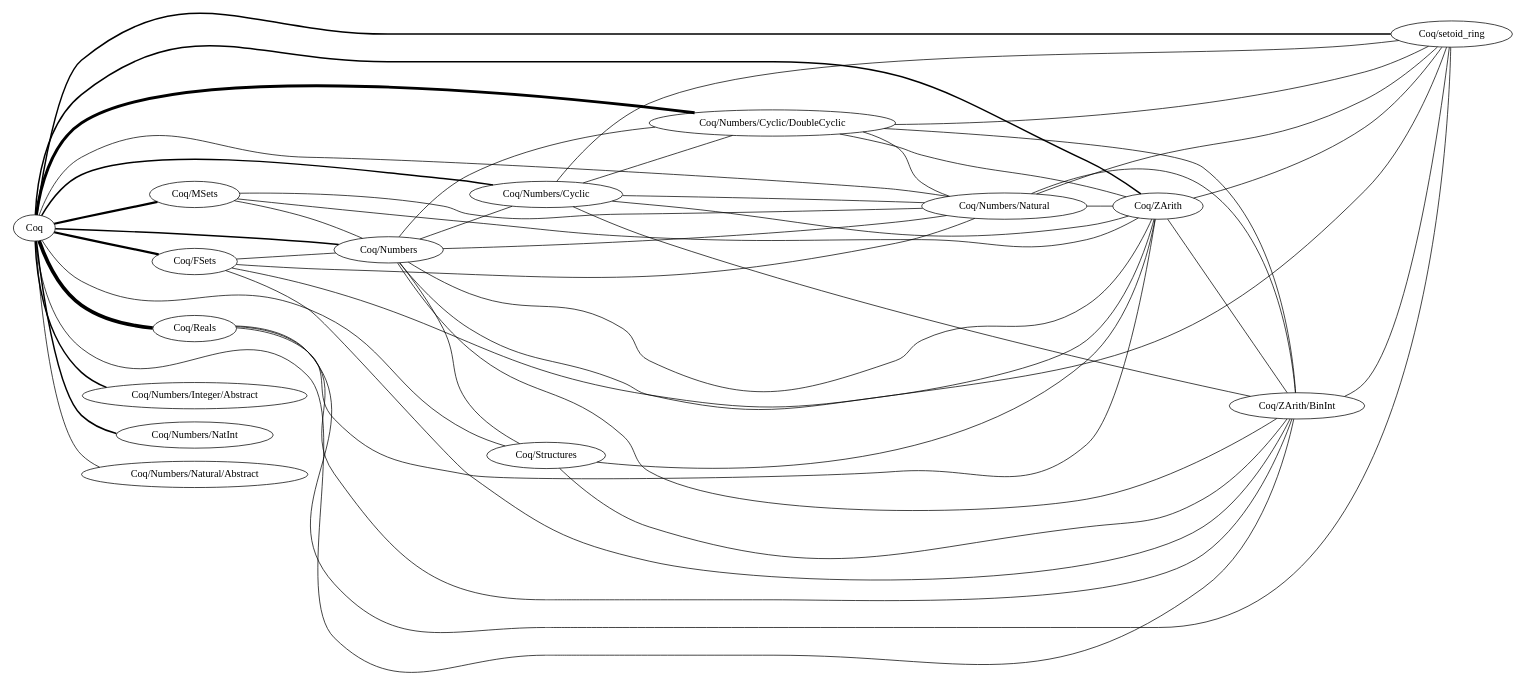
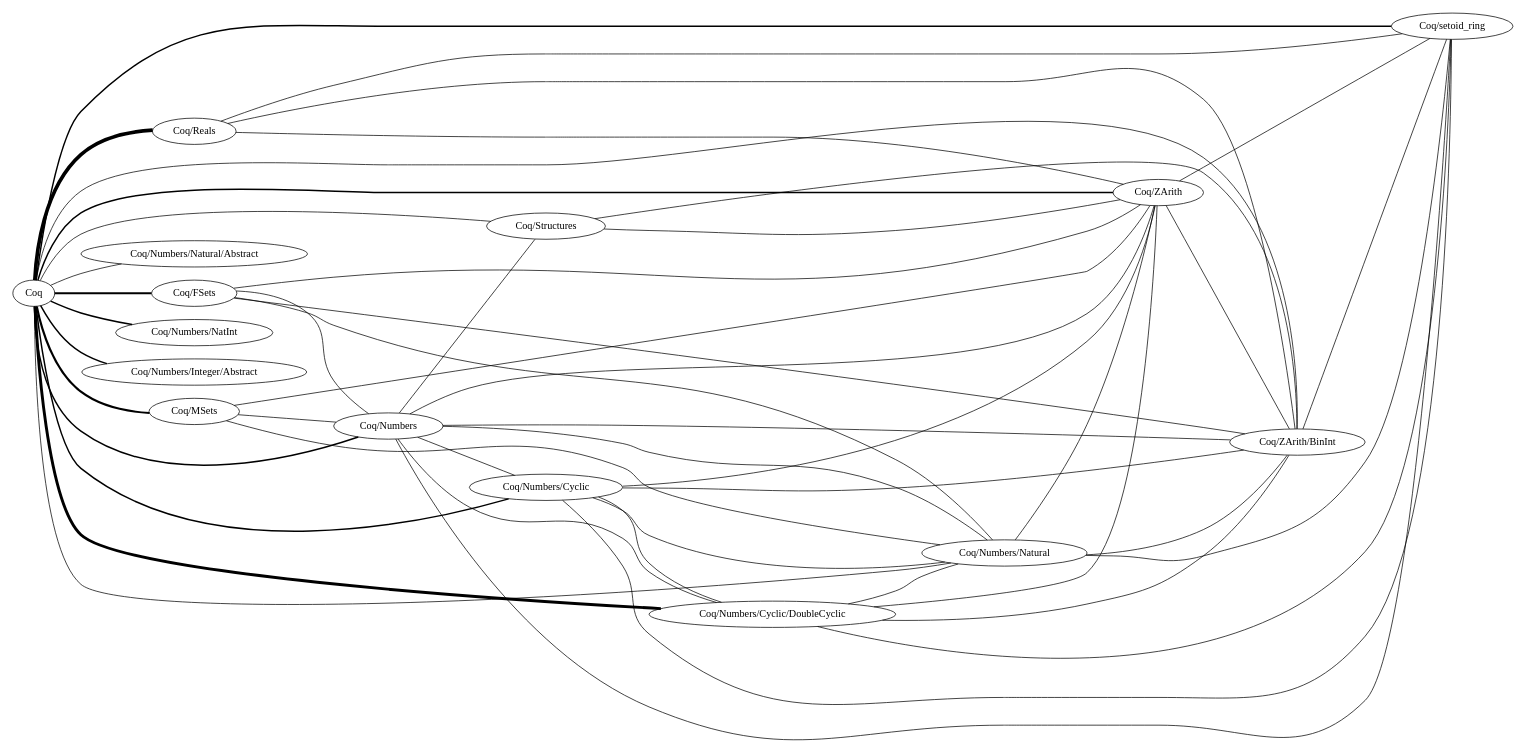
One commit to Wassasin/premiseselection changed the diagram in documents/thesis/data/dependencies.dot. Above: the diagram before and after it, drawn with Graphviz. The commit also changed other lines of this file and 31 other files, not shown here.

```diff
--- a/documents/thesis/data/dependencies.dot
+++ b/documents/thesis/data/dependencies.dot
@@ -1,71 +1,71 @@
 graph dependencies {
 model="subset";
 splines="true";
 size="16.4, 10.7";
 overlap=false;
 rankdir="LR";
 root="Coq";
+"Coq/setoid_ring";
+"Coq/ZArith/BinInt";
+"Coq/ZArith";
+"Coq/Structures";
+"Coq/Reals";
+"Coq/Numbers/Natural/Abstract";
+"Coq/Numbers/Natural";
+"Coq/Numbers/NatInt";
+"Coq/Numbers/Integer/Abstract";
+"Coq/Numbers/Cyclic/DoubleCyclic";
+"Coq/Numbers/Cyclic";
+"Coq/Numbers";
+"Coq/MSets";
+"Coq/FSets";
 "Coq";
-"Coq/FSets";
-"Coq/MSets";
-"Coq/Numbers";
-"Coq/Numbers/Cyclic";
-"Coq/Numbers/Cyclic/DoubleCyclic";
-"Coq/Numbers/Integer/Abstract";
-"Coq/Numbers/NatInt";
-"Coq/Numbers/Natural";
-"Coq/Numbers/Natural/Abstract";
-"Coq/Reals";
-"Coq/Structures";
-"Coq/ZArith";
-"Coq/ZArith/BinInt";
-"Coq/setoid_ring";
 "Coq" -- "Coq/FSets" [weight=28542, len=0.1, penwidth=3];
 "Coq" -- "Coq/MSets" [weight=22474, len=0.1, penwidth=3];
 "Coq" -- "Coq/Numbers" [weight=11665, len=0.1, penwidth=2];
 "Coq" -- "Coq/Numbers/Cyclic" [weight=13987, len=0.1, penwidth=2];
 "Coq" -- "Coq/Numbers/Cyclic/DoubleCyclic" [weight=39733, len=0.1, penwidth=4];
 "Coq" -- "Coq/Numbers/Integer/Abstract" [weight=16771, len=0.1, penwidth=2];
 "Coq" -- "Coq/Numbers/NatInt" [weight=14219, len=0.1, penwidth=2];
 "Coq" -- "Coq/Numbers/Natural" [weight=5773, len=0.1, penwidth=1];
 "Coq" -- "Coq/Numbers/Natural/Abstract" [weight=9224, len=0.1, penwidth=1];
 "Coq" -- "Coq/Reals" [weight=52169, len=0.1, penwidth=5];
 "Coq" -- "Coq/Structures" [weight=3194, len=0.1, penwidth=1];
 "Coq" -- "Coq/ZArith" [weight=17312, len=0.1, penwidth=2];
 "Coq" -- "Coq/ZArith/BinInt" [weight=2117, len=0.1, penwidth=1];
 "Coq" -- "Coq/setoid_ring" [weight=15951, len=0.1, penwidth=2];
 "Coq/FSets" -- "Coq/Numbers" [weight=22, len=1, penwidth=1];
 "Coq/FSets" -- "Coq/Numbers/Natural" [weight=12, len=1.7, penwidth=1];
 "Coq/FSets" -- "Coq/ZArith" [weight=84, len=0.3, penwidth=1];
 "Coq/FSets" -- "Coq/ZArith/BinInt" [weight=119, len=0.2, penwidth=1];
 "Coq/MSets" -- "Coq/Numbers" [weight=11, len=1.9, penwidth=1];
 "Coq/MSets" -- "Coq/Numbers/Natural" [weight=127, len=0.2, penwidth=1];
 "Coq/MSets" -- "Coq/ZArith" [weight=50, len=0.4, penwidth=1];
 "Coq/Numbers" -- "Coq/Numbers/Cyclic" [weight=10, len=2, penwidth=1];
 "Coq/Numbers" -- "Coq/Numbers/Cyclic/DoubleCyclic" [weight=64, len=0.4, penwidth=1];
 "Coq/Numbers" -- "Coq/Numbers/Natural" [weight=12, len=1.7, penwidth=1];
 "Coq/Numbers" -- "Coq/Structures" [weight=6, len=3.4, penwidth=1];
 "Coq/Numbers" -- "Coq/ZArith" [weight=993, len=0.1, penwidth=1];
 "Coq/Numbers" -- "Coq/ZArith/BinInt" [weight=1066, len=0.1, penwidth=1];
 "Coq/Numbers" -- "Coq/setoid_ring" [weight=238, len=0.1, penwidth=1];
 "Coq/Numbers/Cyclic" -- "Coq/Numbers/Cyclic/DoubleCyclic" [weight=26, len=0.8, penwidth=1];
 "Coq/Numbers/Cyclic" -- "Coq/Numbers/Natural" [weight=107, len=0.2, penwidth=1];
 "Coq/Numbers/Cyclic" -- "Coq/ZArith" [weight=2934, len=0.1, penwidth=1];
 "Coq/Numbers/Cyclic" -- "Coq/ZArith/BinInt" [weight=870, len=0.1, penwidth=1];
 "Coq/Numbers/Cyclic" -- "Coq/setoid_ring" [weight=239, len=0.1, penwidth=1];
 "Coq/Numbers/Cyclic/DoubleCyclic" -- "Coq/Numbers/Natural" [weight=17, len=1.2, penwidth=1];
 "Coq/Numbers/Cyclic/DoubleCyclic" -- "Coq/ZArith" [weight=2836, len=0.1, penwidth=1];
 "Coq/Numbers/Cyclic/DoubleCyclic" -- "Coq/ZArith/BinInt" [weight=2145, len=0.1, penwidth=1];
 "Coq/Numbers/Cyclic/DoubleCyclic" -- "Coq/setoid_ring" [weight=789, len=0.1, penwidth=1];
 "Coq/Numbers/Natural" -- "Coq/ZArith" [weight=1119, len=0.1, penwidth=1];
 "Coq/Numbers/Natural" -- "Coq/ZArith/BinInt" [weight=573, len=0.1, penwidth=1];
 "Coq/Numbers/Natural" -- "Coq/setoid_ring" [weight=50, len=0.4, penwidth=1];
 "Coq/Reals" -- "Coq/ZArith" [weight=10324, len=0.1, penwidth=1];
 "Coq/Reals" -- "Coq/ZArith/BinInt" [weight=28, len=0.8, penwidth=1];
 "Coq/Reals" -- "Coq/setoid_ring" [weight=7466, len=0.1, penwidth=1];
 "Coq/Structures" -- "Coq/ZArith" [weight=10, len=2, penwidth=1];
 "Coq/Structures" -- "Coq/ZArith/BinInt" [weight=4, len=5, penwidth=1];
 "Coq/ZArith" -- "Coq/ZArith/BinInt" [weight=1937, len=0.1, penwidth=1];
 "Coq/ZArith" -- "Coq/setoid_ring" [weight=124, len=0.2, penwidth=1];
 "Coq/ZArith/BinInt" -- "Coq/setoid_ring" [weight=44, len=0.5, penwidth=1];
 }
```
